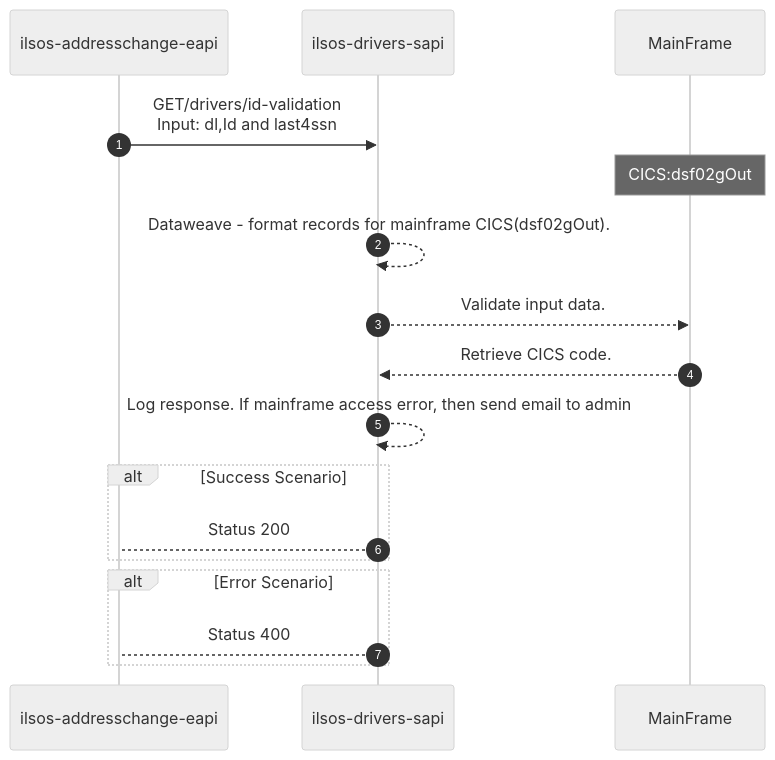
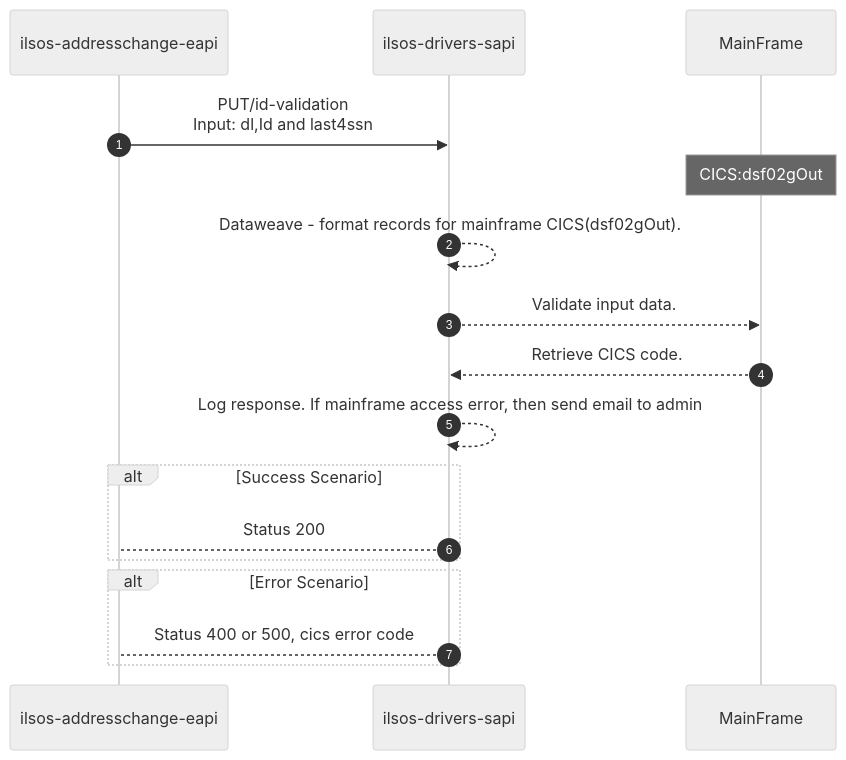
Before and after one commit to acme-devs/ilsos-drivers-sapi: the second of 2 diagrams in README.md, drawn with Mermaid (neutral theme). The commit also changed other lines of this file, not shown here.

````diff
--- a/README.md
+++ b/README.md
@@ -65,20 +65,20 @@
 ```mermaid
 sequenceDiagram
     autonumber
     participant eapi as ilsos-addresschange-eapi
     participant api as ilsos-drivers-sapi
     participant mainframe as MainFrame
     
-    eapi->>api:GET/drivers/id-validation <br>Input: dl,Id and last4ssn
+    eapi->>api:PUT/id-validation <br>Input: dl,Id and last4ssn
     note over mainframe:CICS:dsf02gOut
     api-->>api:Dataweave - format records for mainframe CICS(dsf02gOut).
     api-->>mainframe:Validate input data.
     mainframe-->>api:Retrieve CICS code.
     api-->>api:Log response. If mainframe access error, then send email to admin
     alt Success Scenario 
         api-->eapi: Status 200
     end
     alt Error Scenario 
-        api-->eapi: Status 400 
+        api-->eapi: Status 400 or 500, cics error code 
     end
 ```
````
